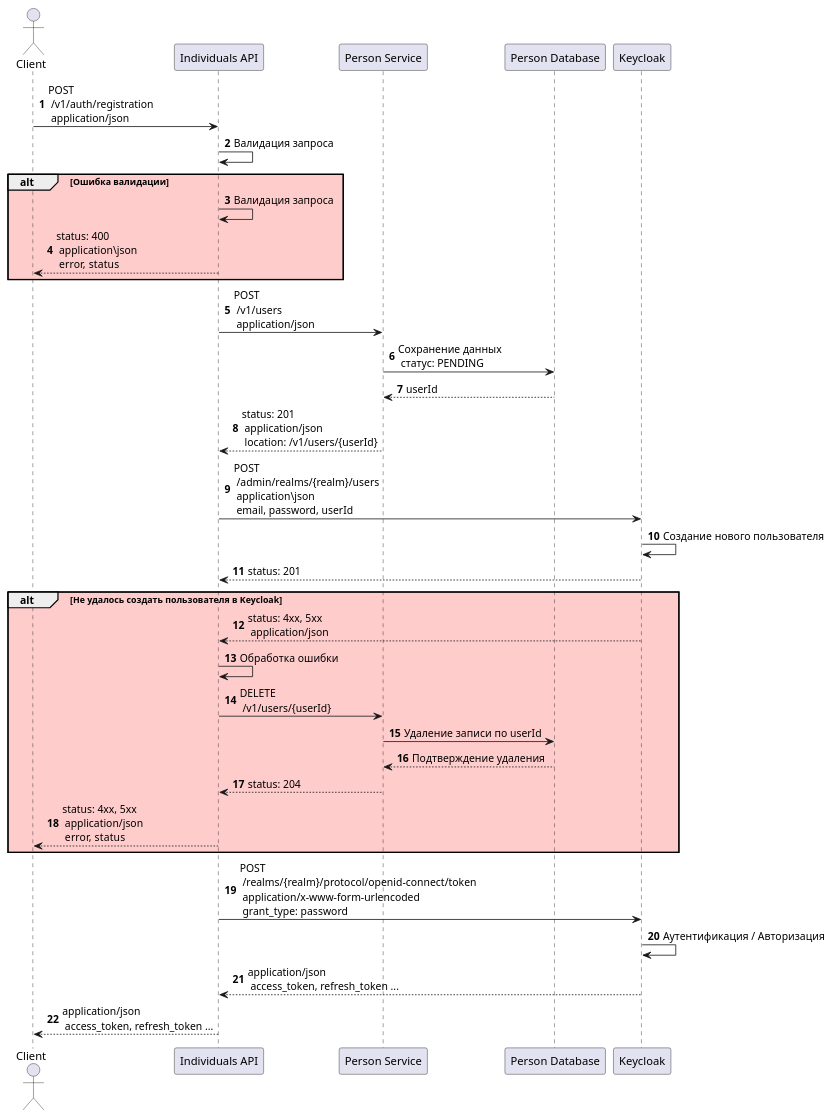
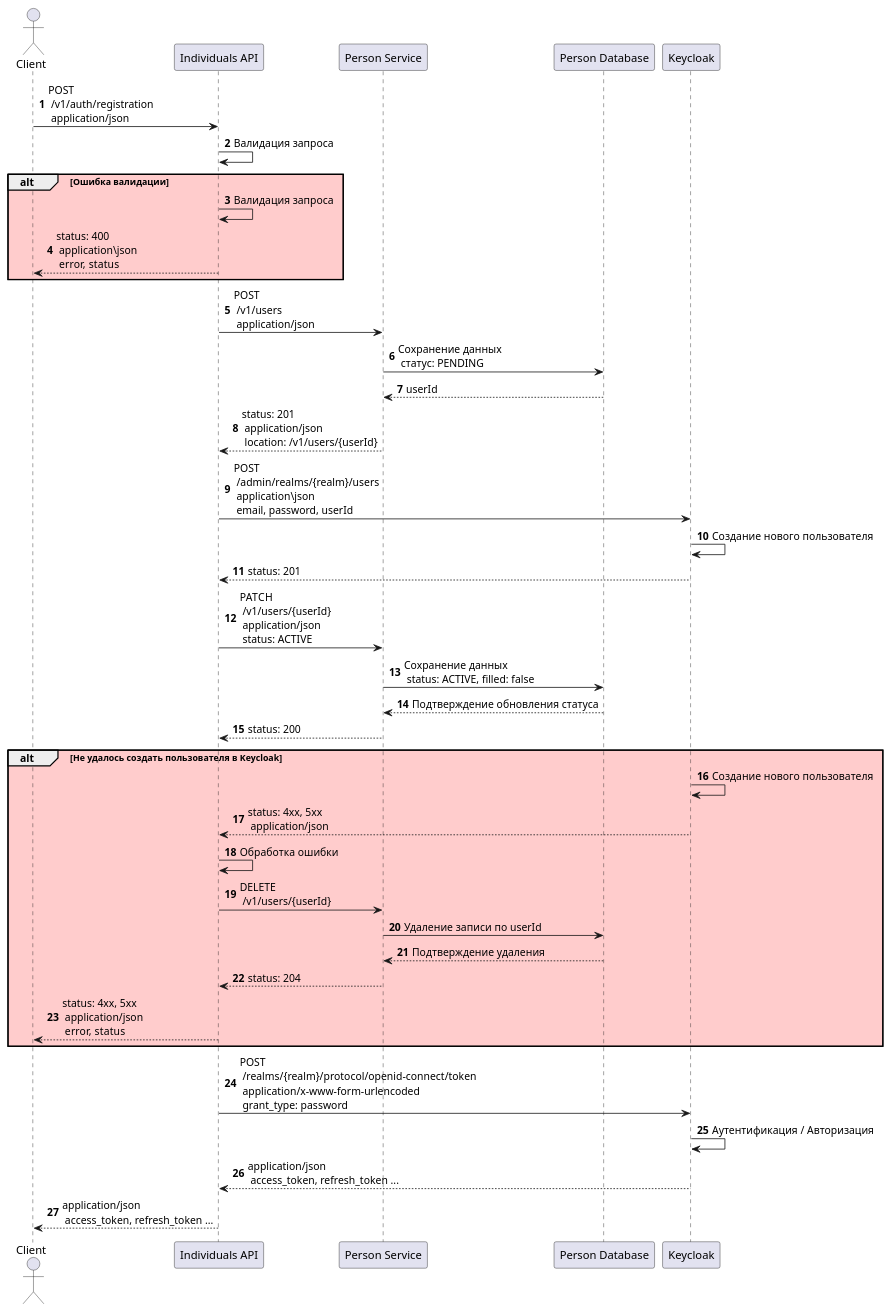
The diagram in architecture/sequence/registration.puml (Ersted-me/payment-system), drawn with PlantUML before and after one commit.

Commit message:
add sequence diagram: registration

```diff
--- a/architecture/sequence/registration.puml
+++ b/architecture/sequence/registration.puml
@@ -1,45 +1,48 @@
 @startuml
 
 autonumber
 
 actor Client as client
 participant "Individuals API" as api
 participant "Person Service" as person
 participant "Person Database" as personDb
 participant Keycloak as keycloak
 
 
 client -> api: POST \n /v1/auth/registration \n application/json
 api -> api: Валидация запроса
 
 alt #FFCCCC Ошибка валидации
 api -> api: Валидация запроса
 api --> client: status: 400 \n application\json \n error, status
 end
 
 api -> person: POST \n /v1/users \n application/json
 person -> personDb: Сохранение данных \n статус: PENDING
 personDb --> person: userId
 person --> api: status: 201 \n application/json \n location: /v1/users/{userId}
 api -> keycloak: POST \n /admin/realms/{realm}/users \n application\json \n email, password, userId
 keycloak -> keycloak: Создание нового пользователя
 keycloak --> api: status: 201
+api -> person: PATCH \n /v1/users/{userId} \n application/json \n status: ACTIVE
+person -> personDb: Сохранение данных \n status: ACTIVE, filled: false
+personDb --> person: Подтверждение обновления статуса
+person --> api: status: 200
 
 alt #FFCCCC Не удалось создать пользователя в Keycloak
+keycloak -> keycloak: Создание нового пользователя
 keycloak --> api: status: 4xx, 5xx \n application/json
 api -> api: Обработка ошибки
 api -> person: DELETE \n /v1/users/{userId}
 person -> personDb: Удаление записи по userId
 personDb --> person: Подтверждение удаления
 person --> api: status: 204
 api --> client: status: 4xx, 5xx \n application/json \n error, status
 end
 
 api -> keycloak: POST \n /realms/{realm}/protocol/openid-connect/token \n application/x-www-form-urlencoded \n grant_type: password
 keycloak -> keycloak: Аутентификация / Авторизация
 keycloak --> api: application/json \n access_token, refresh_token ...
 api --> client: application/json \n access_token, refresh_token ...
 
-
-
 @enduml
```
